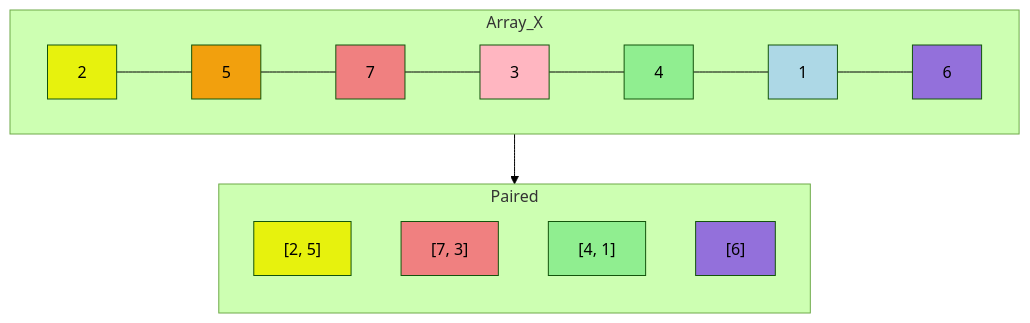
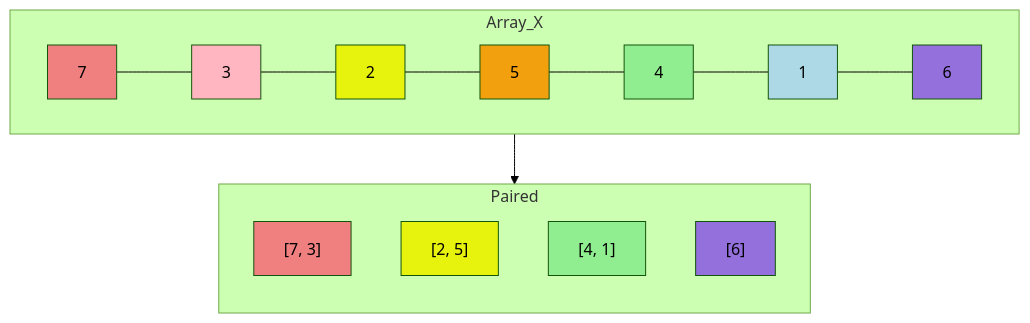
Before and after one commit to Tablerase/42_Projects: the first of 4 diagrams in Projects/CPP_Modules/cpp-exercices.md, drawn with Mermaid (forest theme). The commit also changed other lines of this file and 1 other file, not shown here.

````diff
--- a/Projects/CPP_Modules/cpp-exercices.md
+++ b/Projects/CPP_Modules/cpp-exercices.md
@@ -129,29 +129,29 @@
 ```mermaid
 graph TD
   classDef yellow fill:#e7f20d;
   classDef orange fill:#f2a00d;
   classDef lightcoral fill:LightCoral;
   classDef lightpink fill:LightPink;
   classDef lightgreen fill:LightGreen;
   classDef lightblue fill:LightBlue;
   classDef mediumpurple fill:MediumPurple;
   subgraph Array_X
     direction LR
-    Element1["2"]:::yellow
+    Element3["7"]:::lightcoral
+    Element3 --- Element4["3"]:::lightpink
+    Element4 --- Element1["2"]:::yellow
     Element1 --- Element2["5"]:::orange
-    Element2 --- Element3["7"]:::lightcoral
-    Element3 --- Element4["3"]:::lightpink
-    Element4 --- Element5["4"]:::lightgreen
+    Element2 --- Element5["4"]:::lightgreen
     Element5 --- Element6["1"]:::lightblue
     Element6 --- Element7["6"]:::mediumpurple
   end
 
   subgraph Paired
     direction TB
+    Pair2["[7, 3]"]:::lightcoral
     Pair1["[2, 5]"]:::yellow
-    Pair2["[7, 3]"]:::lightcoral
     Pair3["[4, 1]"]:::lightgreen
     Pair4["[6]"]:::mediumpurple
   end
   Array_X --> Paired
 ```
````
